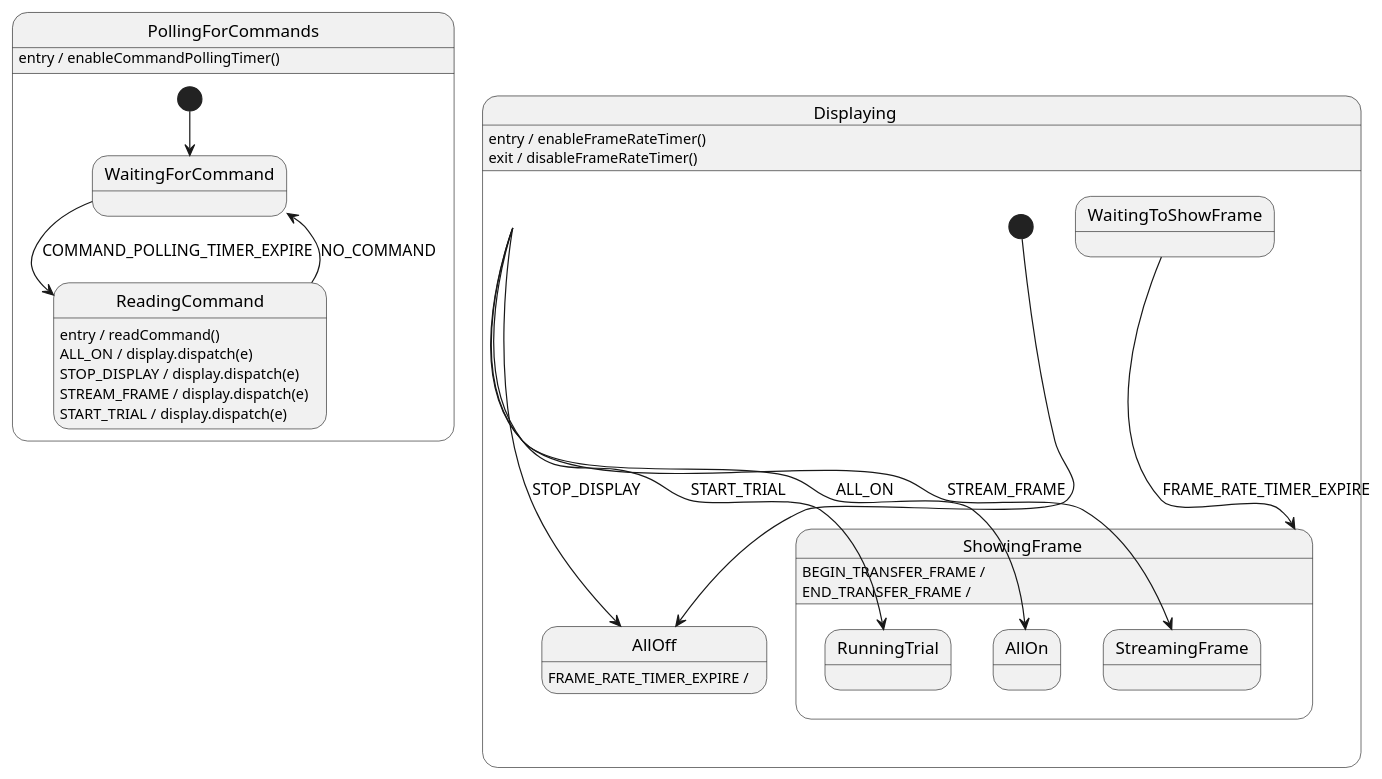
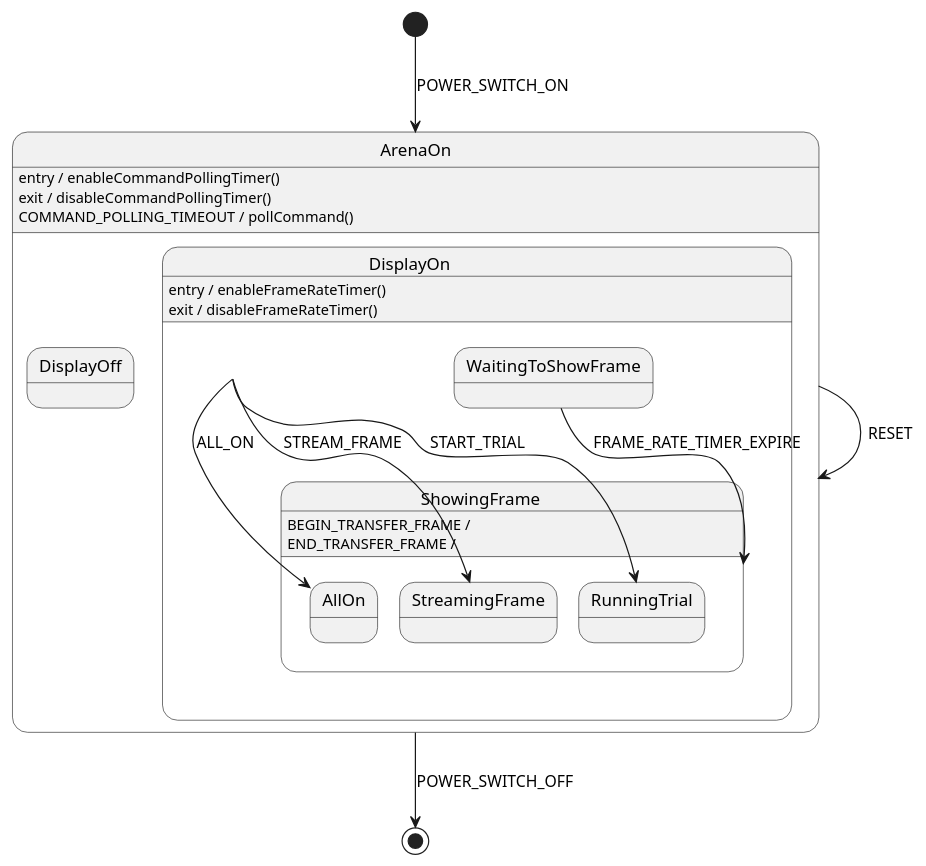
One commit to peterpolidoro/arena-documentation changed the diagram in plantuml/arena.plantuml. Above: the diagram before and after it, drawn with PlantUML.

Commit message:
Update arena state diagram

```diff
--- a/plantuml/arena.plantuml
+++ b/plantuml/arena.plantuml
@@ -1,44 +1,34 @@
 @startuml
 
-state PollingForCommands {
-  PollingForCommands : entry / enableCommandPollingTimer()
-  state WaitingForCommand {
+state ArenaOn {
+  ArenaOn : entry / enableCommandPollingTimer()
+  ArenaOn : exit / disableCommandPollingTimer()
+  ArenaOn : COMMAND_POLLING_TIMEOUT / pollCommand()
+  state DisplayOn {
+    DisplayOn : entry / enableFrameRateTimer()
+    DisplayOn : exit / disableFrameRateTimer()
+    state WaitingToShowFrame {
+    }
+    state ShowingFrame {
+      ShowingFrame : BEGIN_TRANSFER_FRAME /
+      ShowingFrame : END_TRANSFER_FRAME /
+      state AllOn {
+      }
+      state StreamingFrame {
+      }
+      state RunningTrial {
+      }
+    }
+    DisplayOn --> AllOn : ALL_ON
+    DisplayOn --> StreamingFrame : STREAM_FRAME
+    DisplayOn --> RunningTrial : START_TRIAL
+    WaitingToShowFrame --> ShowingFrame : FRAME_RATE_TIMER_EXPIRE
   }
-  state ReadingCommand {
-    ReadingCommand : entry / readCommand()
-    ReadingCommand : ALL_ON / display.dispatch(e)
-    ReadingCommand : STOP_DISPLAY / display.dispatch(e)
-    ReadingCommand : STREAM_FRAME / display.dispatch(e)
-    ReadingCommand : START_TRIAL / display.dispatch(e)
+  state DisplayOff {
   }
-  [*] --> WaitingForCommand
-  WaitingForCommand --> ReadingCommand : COMMAND_POLLING_TIMER_EXPIRE
-  ReadingCommand --> WaitingForCommand : NO_COMMAND
 }
-state Displaying {
-  Displaying : entry / enableFrameRateTimer()
-  Displaying : exit / disableFrameRateTimer()
-  state AllOff {
-    AllOff : FRAME_RATE_TIMER_EXPIRE /
-  }
-  state WaitingToShowFrame {
-  }
-  state ShowingFrame {
-    ShowingFrame : BEGIN_TRANSFER_FRAME /
-    ShowingFrame : END_TRANSFER_FRAME /
-    state AllOn {
-    }
-    state StreamingFrame {
-    }
-    state RunningTrial {
-    }
-  }
-  [*] --> AllOff
-  Displaying --> AllOff : STOP_DISPLAY
-  Displaying --> AllOn : ALL_ON
-  Displaying --> StreamingFrame : STREAM_FRAME
-  Displaying --> RunningTrial : START_TRIAL
-  WaitingToShowFrame --> ShowingFrame : FRAME_RATE_TIMER_EXPIRE
-}
+[*] --> ArenaOn : POWER_SWITCH_ON
+ArenaOn --> ArenaOn : RESET
+ArenaOn --> [*] : POWER_SWITCH_OFF
 
 @enduml
```
